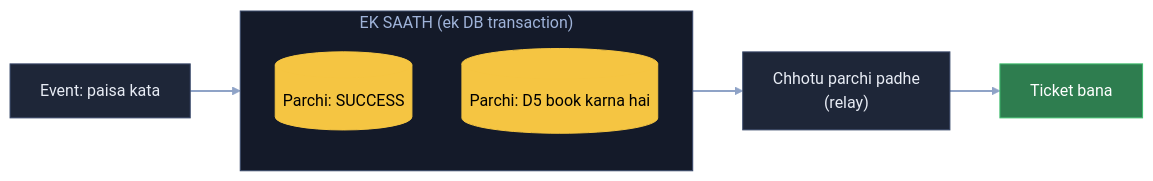
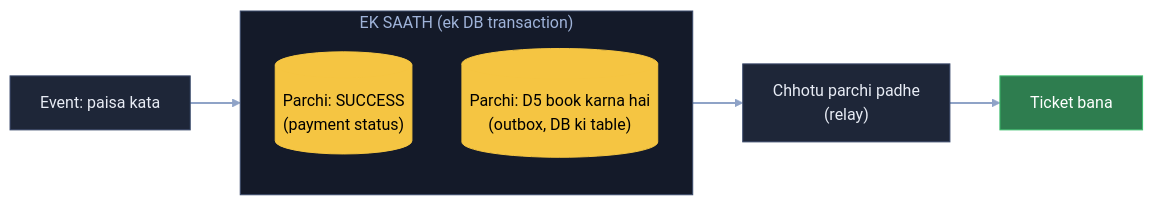
One commit to ArpanMaheshwari144/Prep changed the eighth of 12 diagrams in 04_HLD/SYSTEM_DESIGNS/09_bookmyshow/09_bookmyshow.md. Above: the diagram before and after it, drawn with Mermaid. The commit also changed other lines of this file and 22 other files, not shown here.

Commit message:
Diagram: sirf kahani ke dohraaye shabd pe bracket, us jagah notes wala matlab (207 label)

````diff
--- a/04_HLD/SYSTEM_DESIGNS/09_bookmyshow/09_bookmyshow.md
+++ b/04_HLD/SYSTEM_DESIGNS/09_bookmyshow/09_bookmyshow.md
@@ -400,14 +400,14 @@
 ```mermaid
 flowchart LR
     E["Event: paisa kata"]:::card --> T
     subgraph T["EK SAATH (ek DB transaction)"]
-        S[("Parchi: SUCCESS")]:::pill
-        O[("Parchi: D5 book karna hai")]:::pill
+        S[("Parchi: SUCCESS<br/>(payment status)")]:::pill
+        O[("Parchi: D5 book karna hai<br/>(outbox, DB ki table)")]:::pill
     end
     T --> R["Chhotu parchi padhe<br/>(relay)"]:::card --> K["Ticket bana"]:::good
     linkStyle default stroke:#8fa3c7,stroke-width:2px
     classDef card fill:#1e2638,stroke:#3a4a6b,color:#e8ecf5
     classDef pill fill:#f5c542,stroke:#f5c542,color:#000
     classDef good fill:#2e7d4f,stroke:#3fbf6f,color:#fff
     style T fill:#141a29,stroke:#3a4a6b,color:#9fb3d9
 ```
````
